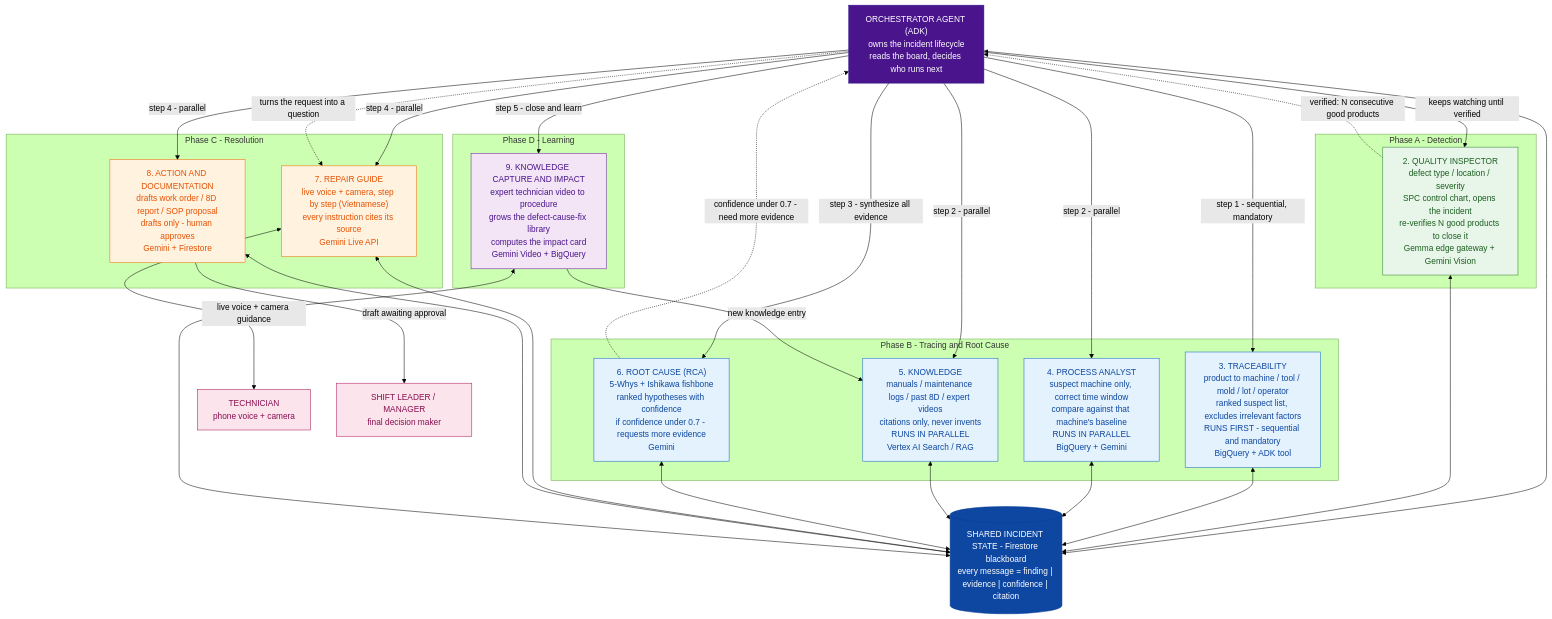
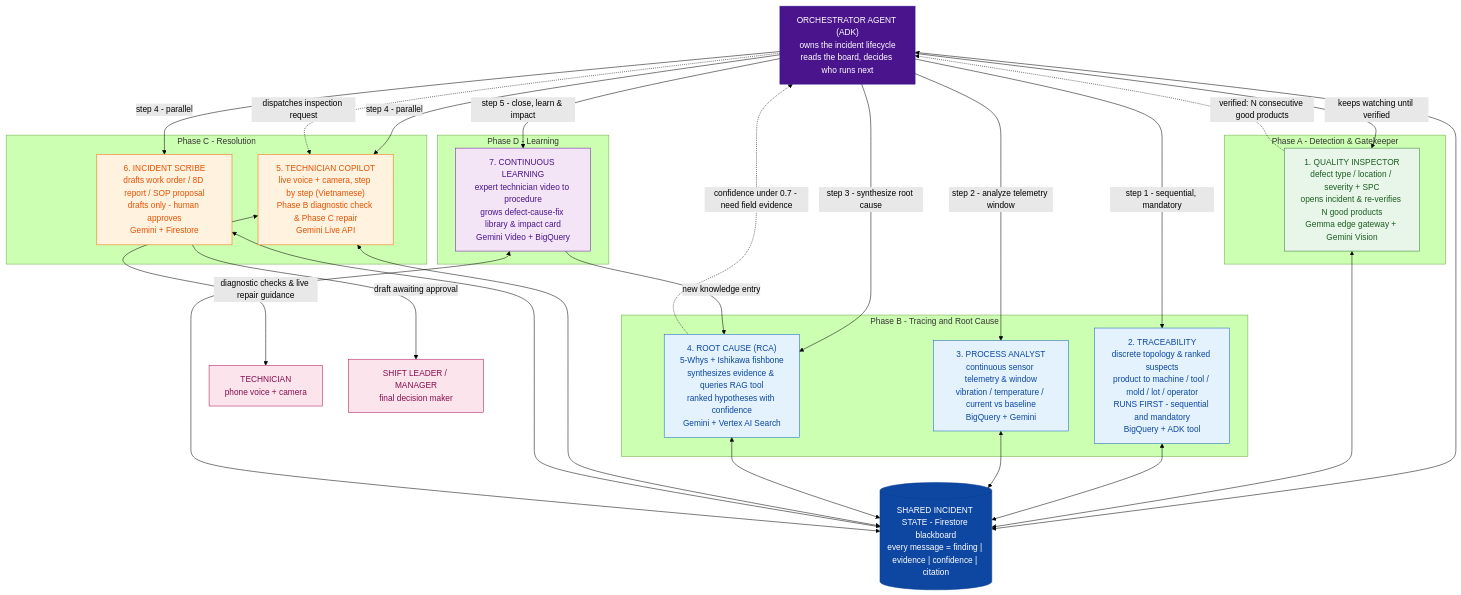
The diagram in docs/kaizen-agent-team.mmd (vanduc2514/hackathon-builder-cup-manufacturing-anomaly), drawn with Mermaid (forest theme) before and after one commit. The commit also changed 11 other files, not shown here.

Commit message:
refine architecture diagram

```diff
--- a/docs/kaizen-agent-team.mmd
+++ b/docs/kaizen-agent-team.mmd
@@ -1,86 +1,83 @@
 flowchart TB
     %% ---------- Orchestrator ----------
     ORCH["ORCHESTRATOR AGENT (ADK)<br/>owns the incident lifecycle<br/>reads the board, decides who runs next"]
 
     %% ---------- Shared blackboard ----------
     BOARD[("SHARED INCIDENT STATE - Firestore blackboard<br/>every message = finding | evidence | confidence | citation")]
 
     %% ---------- Phase A ----------
-    subgraph PHASE_A["Phase A - Detection"]
-        A1["2. QUALITY INSPECTOR<br/>defect type / location / severity<br/>SPC control chart, opens the incident<br/>re-verifies N good products to close it<br/>Gemma edge gateway + Gemini Vision"]
+    subgraph PHASE_A["Phase A - Detection & Gatekeeper"]
+        A1["1. QUALITY INSPECTOR<br/>defect type / location / severity + SPC<br/>opens incident & re-verifies N good products<br/>Gemma edge gateway + Gemini Vision"]
     end
 
     %% ---------- Phase B ----------
     subgraph PHASE_B["Phase B - Tracing and Root Cause"]
-        B1["3. TRACEABILITY<br/>product to machine / tool / mold / lot / operator<br/>ranked suspect list, excludes irrelevant factors<br/>RUNS FIRST - sequential and mandatory<br/>BigQuery + ADK tool"]
-        B2["4. PROCESS ANALYST<br/>suspect machine only, correct time window<br/>compare against that machine's baseline<br/>RUNS IN PARALLEL<br/>BigQuery + Gemini"]
-        B3["5. KNOWLEDGE<br/>manuals / maintenance logs / past 8D / expert videos<br/>citations only, never invents<br/>RUNS IN PARALLEL<br/>Vertex AI Search / RAG"]
-        B4["6. ROOT CAUSE (RCA)<br/>5-Whys + Ishikawa fishbone<br/>ranked hypotheses with confidence<br/>if confidence under 0.7 - requests more evidence<br/>Gemini"]
+        B1["2. TRACEABILITY<br/>discrete topology & ranked suspects<br/>product to machine / tool / mold / lot / operator<br/>RUNS FIRST - sequential and mandatory<br/>BigQuery + ADK tool"]
+        B2["3. PROCESS ANALYST<br/>continuous sensor telemetry & window<br/>vibration / temperature / current vs baseline<br/>BigQuery + Gemini"]
+        B3["4. ROOT CAUSE (RCA)<br/>5-Whys + Ishikawa fishbone<br/>synthesizes evidence & queries RAG tool<br/>ranked hypotheses with confidence<br/>Gemini + Vertex AI Search"]
     end
 
     %% ---------- Phase C ----------
     subgraph PHASE_C["Phase C - Resolution"]
-        C1["7. REPAIR GUIDE<br/>live voice + camera, step by step (Vietnamese)<br/>every instruction cites its source<br/>Gemini Live API"]
-        C2["8. ACTION AND DOCUMENTATION<br/>drafts work order / 8D report / SOP proposal<br/>drafts only - human approves<br/>Gemini + Firestore"]
+        C1["5. TECHNICIAN COPILOT<br/>live voice + camera, step by step (Vietnamese)<br/>Phase B diagnostic check & Phase C repair<br/>Gemini Live API"]
+        C2["6. INCIDENT SCRIBE<br/>drafts work order / 8D report / SOP proposal<br/>drafts only - human approves<br/>Gemini + Firestore"]
     end
 
     %% ---------- Phase D ----------
     subgraph PHASE_D["Phase D - Learning"]
-        D1["9. KNOWLEDGE CAPTURE AND IMPACT<br/>expert technician video to procedure<br/>grows the defect-cause-fix library<br/>computes the impact card<br/>Gemini Video + BigQuery"]
+        D1["7. CONTINUOUS LEARNING<br/>expert technician video to procedure<br/>grows defect-cause-fix library & impact card<br/>Gemini Video + BigQuery"]
     end
 
     %% ---------- Humans ----------
     TECH["TECHNICIAN<br/>phone voice + camera"]
     LEAD["SHIFT LEADER / MANAGER<br/>final decision maker"]
 
     %% ---------- Every agent reads and writes the shared board ----------
     ORCH <--> BOARD
     A1 <--> BOARD
     B1 <--> BOARD
     B2 <--> BOARD
     B3 <--> BOARD
-    B4 <--> BOARD
     C1 <--> BOARD
     C2 <--> BOARD
     D1 <--> BOARD
 
     %% ---------- Orchestration order ----------
     ORCH -->|"step 1 - sequential, mandatory"| B1
-    ORCH -->|"step 2 - parallel"| B2
-    ORCH -->|"step 2 - parallel"| B3
-    ORCH -->|"step 3 - synthesize all evidence"| B4
+    ORCH -->|"step 2 - analyze telemetry window"| B2
+    ORCH -->|"step 3 - synthesize root cause"| B3
     ORCH -->|"step 4 - parallel"| C1
     ORCH -->|"step 4 - parallel"| C2
     ORCH -->|"keeps watching until verified"| A1
-    ORCH -->|"step 5 - close and learn"| D1
+    ORCH -->|"step 5 - close, learn & impact"| D1
 
     %% ---------- Evidence-gathering loop ----------
-    B4 -.->|"confidence under 0.7 - need more evidence"| ORCH
-    ORCH -.->|"turns the request into a question"| C1
+    B3 -.->|"confidence under 0.7 - need field evidence"| ORCH
+    ORCH -.->|"dispatches inspection request"| C1
 
     %% ---------- Product-first closed loop ----------
     A1 -.->|"verified: N consecutive good products"| ORCH
 
     %% ---------- Human-in-the-loop ----------
-    C1 <-->|"live voice + camera guidance"| TECH
+    C1 <-->|"diagnostic checks & live repair guidance"| TECH
     C2 -->|"draft awaiting approval"| LEAD
 
     %% ---------- Learning feedback loop ----------
     D1 -->|"new knowledge entry"| B3
 
     %% ---------- Styling ----------
     classDef orch fill:#4A148C,stroke:#311B92,color:#FFFFFF
     classDef board fill:#0D47A1,stroke:#0B3D91,color:#FFFFFF
     classDef phaseA fill:#E8F5E9,stroke:#2E7D32,color:#1B5E20
     classDef phaseB fill:#E3F2FD,stroke:#1565C0,color:#0D47A1
     classDef phaseC fill:#FFF3E0,stroke:#EF6C00,color:#E65100
     classDef phaseD fill:#F3E5F5,stroke:#6A1B9A,color:#4A148C
     classDef human fill:#FCE4EC,stroke:#AD1457,color:#880E4F
 
     class ORCH orch
     class BOARD board
     class A1 phaseA
-    class B1,B2,B3,B4 phaseB
+    class B1,B2,B3 phaseB
     class C1,C2 phaseC
     class D1 phaseD
     class TECH,LEAD human
```
